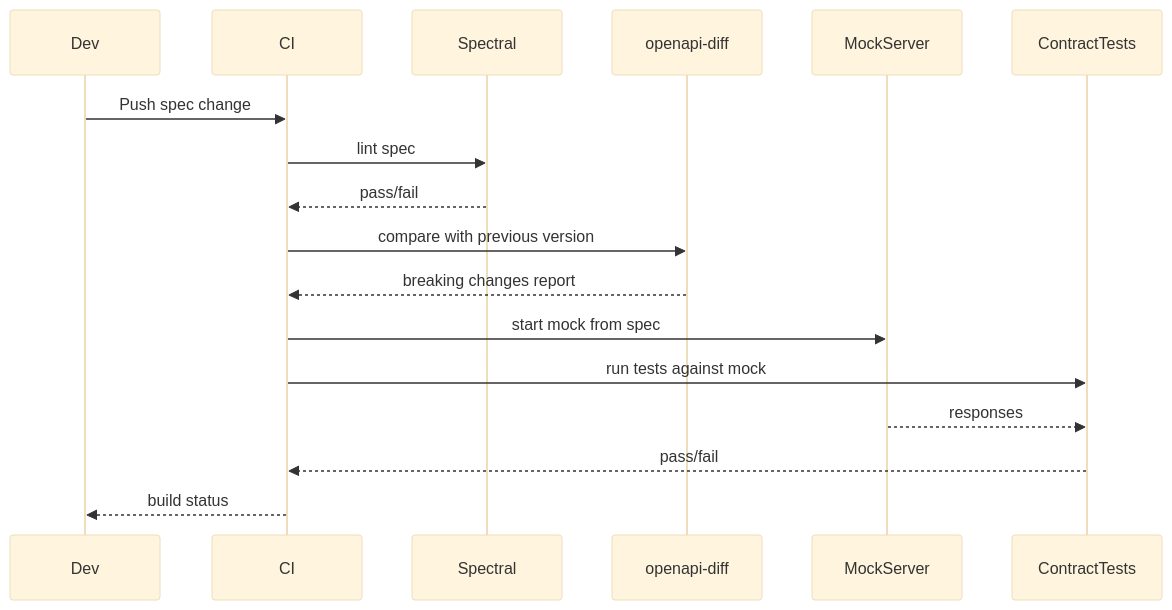
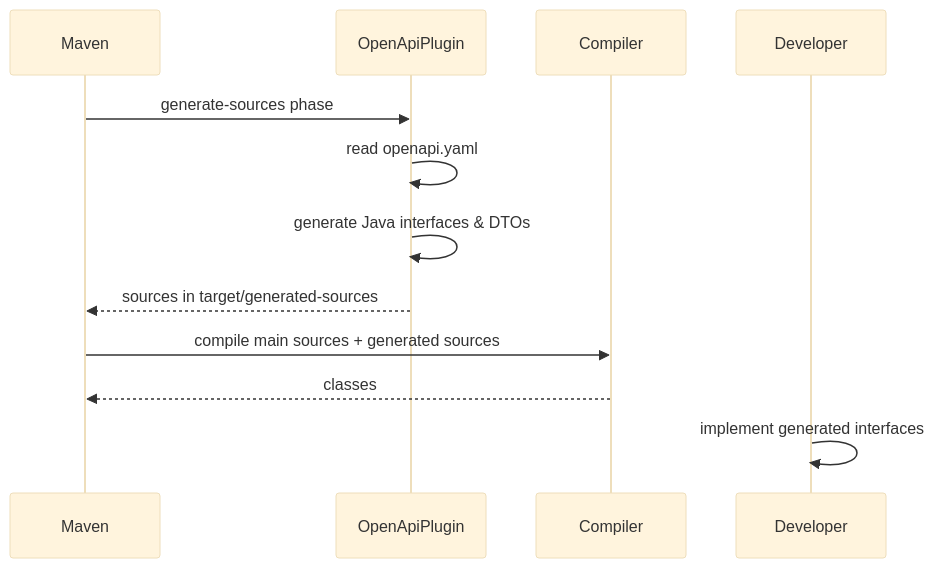
One commit to abhinandanchivate/Final_LTI_EE changed the sixth of 13 diagrams in microservices/final/day1.md. Above: the diagram before and after it, drawn with Mermaid (base theme). The commit also changed other lines of this file, not shown here.

````diff
--- a/microservices/final/day1.md
+++ b/microservices/final/day1.md
@@ -602,19 +767,15 @@
 ```mermaid
 sequenceDiagram
-    participant Dev
-    participant CI
-    participant Spectral
-    participant openapi-diff
-    participant MockServer
+    participant Maven
+    participant OpenApiPlugin
+    participant Compiler
+    participant Developer
 
-    Dev->>CI: Push spec change
-    CI->>Spectral: lint spec
-    Spectral-->>CI: pass/fail
-    CI->>openapi-diff: compare with previous version
-    openapi-diff-->>CI: breaking changes report
-    CI->>MockServer: start mock from spec
-    CI->>ContractTests: run tests against mock
-    MockServer-->>ContractTests: responses
-    ContractTests-->>CI: pass/fail
-    CI-->>Dev: build status
+    Maven->>OpenApiPlugin: generate-sources phase
+    OpenApiPlugin->>OpenApiPlugin: read openapi.yaml
+    OpenApiPlugin->>OpenApiPlugin: generate Java interfaces & DTOs
+    OpenApiPlugin-->>Maven: sources in target/generated-sources
+    Maven->>Compiler: compile main sources + generated sources
+    Compiler-->>Maven: classes
+    Developer->>Developer: implement generated interfaces
 ```
````
